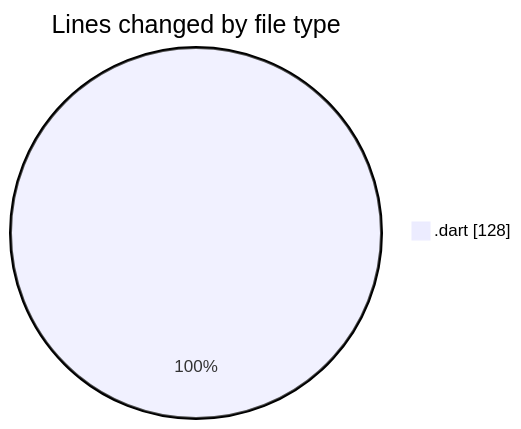
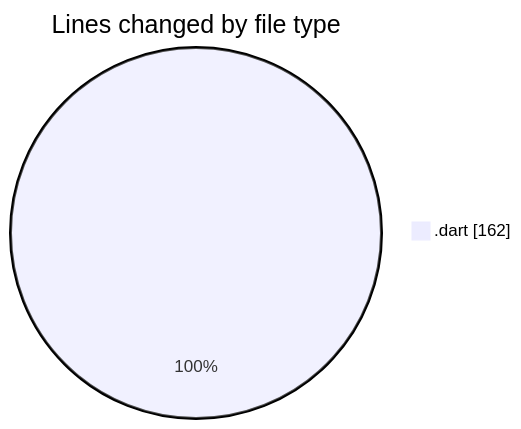
The first of 2 diagrams in 2025-02-26/drivers_app/README.md (donsfak/code-tracking), drawn with Mermaid before and after one commit. The commit also changed other lines of this file and 1 other file, not shown here.

````diff
--- a/2025-02-26/drivers_app/README.md
+++ b/2025-02-26/drivers_app/README.md
@@ -25,5 +25,5 @@
 ```mermaid
 pie showData
 title Lines changed by file type
-".dart" : 128
+".dart" : 162
 ```
````
